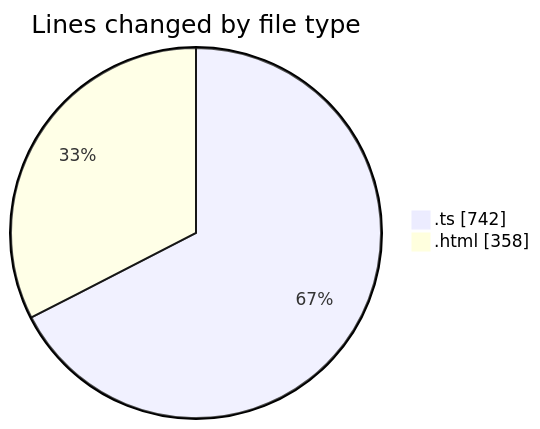
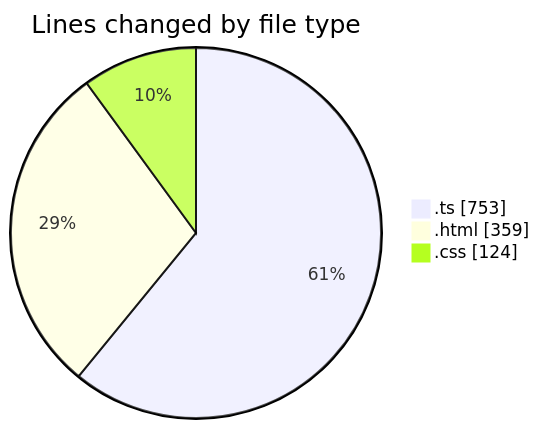
One commit to igalym/code-tracking changed the first of 2 diagrams in 2026-01-05/budget_front_nest/README.md. Above: the diagram before and after it, drawn with Mermaid. The commit also changed other lines of this file and 1 other file, not shown here.

````diff
--- a/2026-01-05/budget_front_nest/README.md
+++ b/2026-01-05/budget_front_nest/README.md
@@ -23,6 +24,7 @@
 ```mermaid
 pie showData
 title Lines changed by file type
-".ts" : 742
-".html" : 358
+".ts" : 753
+".html" : 359
+".css" : 124
 ```
````
